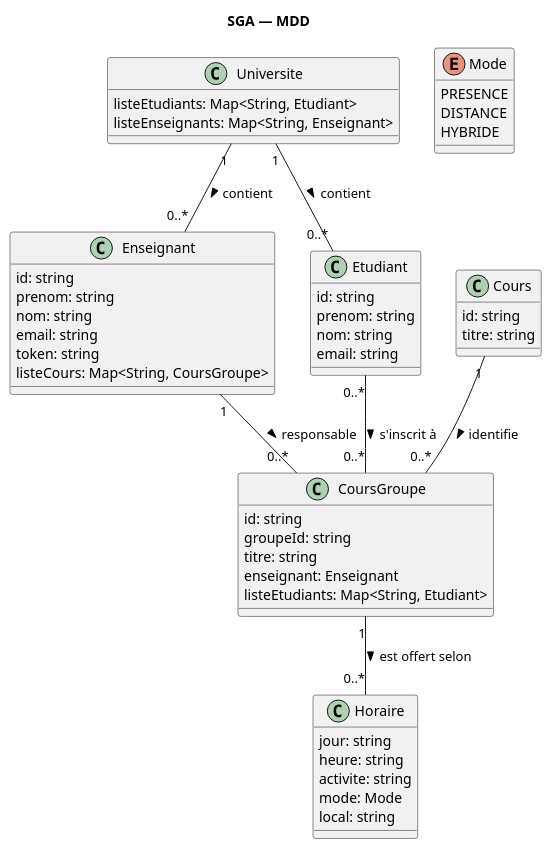
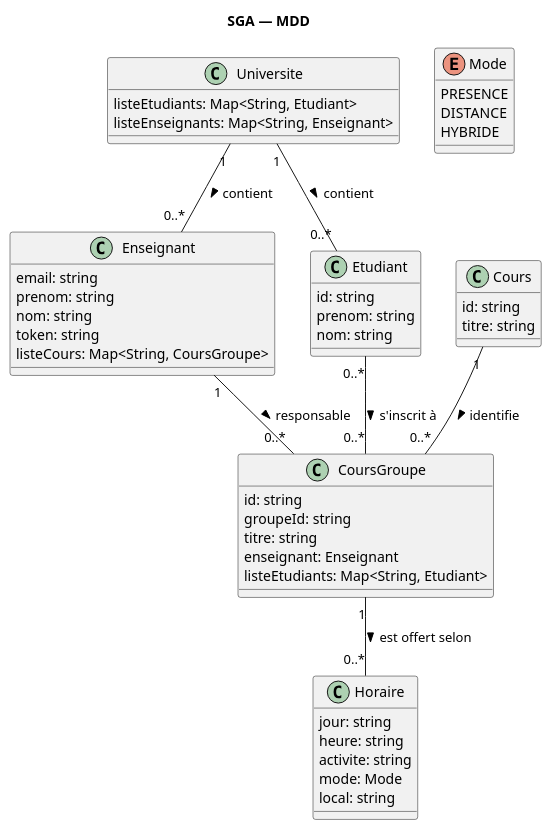
One commit to IshakMegatli1/MoodleCopy changed the diagram in docs/modeles/mdd.puml. Above: the diagram before and after it, drawn with PlantUML. The commit also changed 4 other files, not shown here.

```diff
--- a/docs/modeles/mdd.puml
+++ b/docs/modeles/mdd.puml
@@ -1,60 +1,58 @@
 @startuml
 title SGA — MDD 
 
 class Universite {
   listeEtudiants: Map<String, Etudiant>
   listeEnseignants: Map<String, Enseignant>
 }
 
 class Cours {
   id: string 
   titre: string
 }
 
 class CoursGroupe {
   id: string        
   groupeId: string
   titre: string
   enseignant: Enseignant
   listeEtudiants: Map<String, Etudiant>
 }
 
 class Enseignant {
-  id: string
+  email: string
   prenom: string 
   nom: string
-  email: string
   token: string
   listeCours: Map<String, CoursGroupe>
 }
 
 class Etudiant {
   id: string
   prenom: string
   nom: string
-  email: string 
 }
 
 enum Mode { 
   PRESENCE 
   DISTANCE 
   HYBRIDE 
 }
 
 ' Une séance d’horaire (cours, labo, TP…)
 class Horaire {
   jour: string     
   heure: string
   activite: string
   mode: Mode
   local: string
 }
 
 Universite "1" -- "0..*" Etudiant : contient >
 Universite "1" -- "0..*" Enseignant : contient >
 
 Cours "1" -- "0..*" CoursGroupe : identifie >
 CoursGroupe "1" -- "0..*" Horaire : est offert selon >
 Etudiant "0..*" -- "0..*" CoursGroupe : s'inscrit à >
 Enseignant "1" -- "0..*" CoursGroupe : responsable >
 @enduml
```
